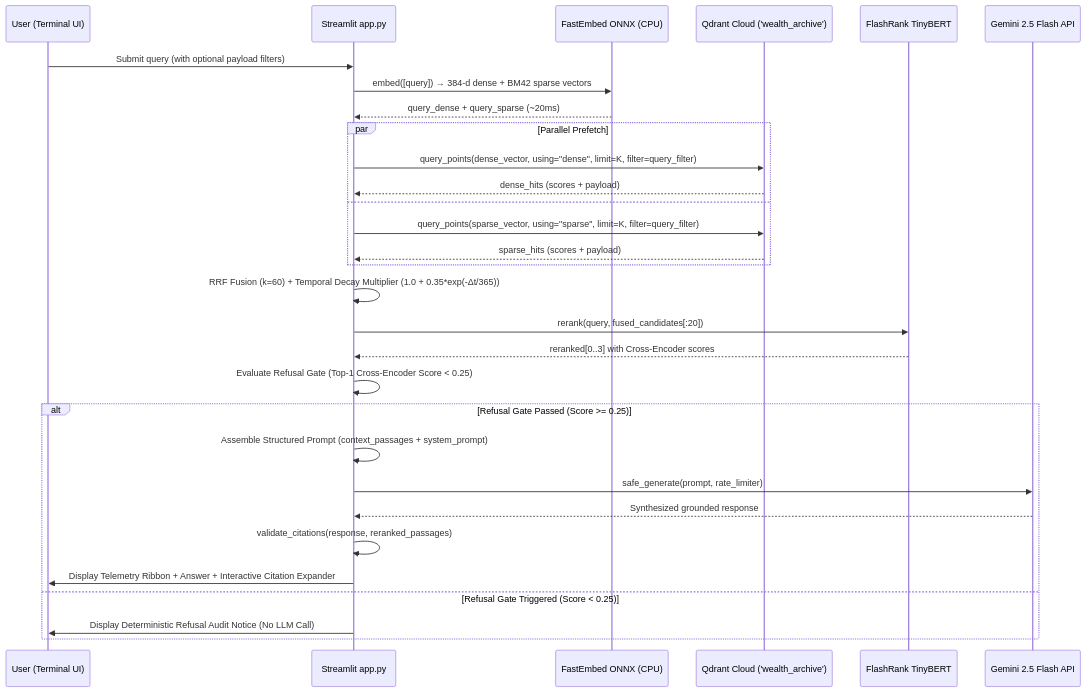
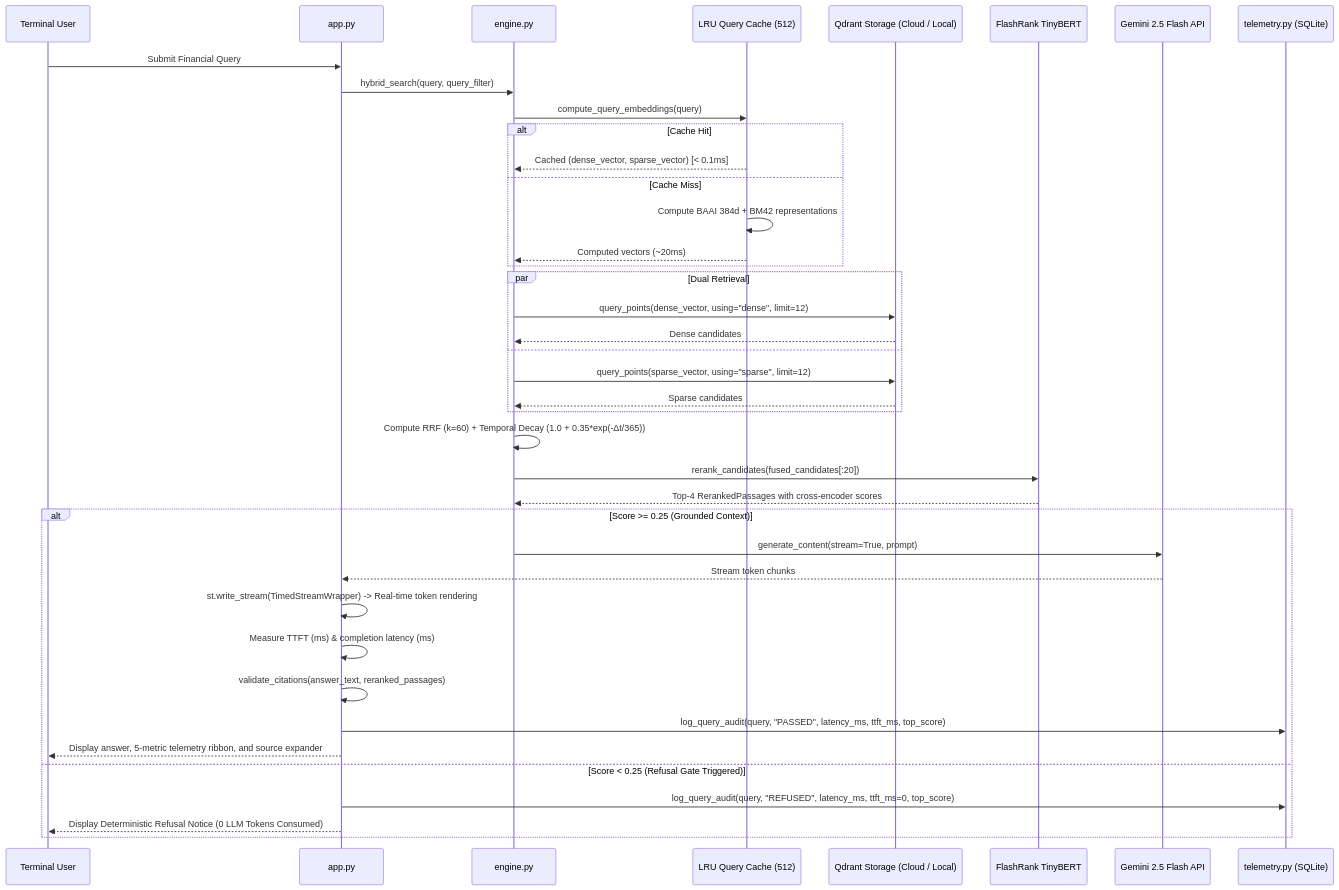
One commit to swaritbkp/wealth-chronicle-rag changed the third of 3 diagrams in mdfiles/TECH_SPEC.md. Above: the diagram before and after it, drawn with Mermaid. The commit also changed other lines of this file and 3 other files, not shown here.

Commit message:
docs: synchronize tech specs, README, and plan to reflect dual-plane architecture and telemetry

````diff
--- a/mdfiles/TECH_SPEC.md
+++ b/mdfiles/TECH_SPEC.md
@@ -78,36 +110,46 @@
 ```mermaid
 sequenceDiagram
-    participant User as User (Terminal UI)
-    participant ST as Streamlit app.py
-    participant FE as FastEmbed ONNX (CPU)
-    participant QD as Qdrant Cloud ('wealth_archive')
+    participant User as Terminal User
+    participant App as app.py
+    participant Engine as engine.py
+    participant Cache as LRU Query Cache (512)
+    participant QD as Qdrant Storage (Cloud / Local)
     participant FR as FlashRank TinyBERT
     participant Gemini as Gemini 2.5 Flash API
+    participant Telem as telemetry.py (SQLite)
 
-    User->>ST: Submit query (with optional payload filters)
-    ST->>FE: embed([query]) → 384-d dense + BM42 sparse vectors
-    FE-->>ST: query_dense + query_sparse (~20ms)
-
-    par Parallel Prefetch
-        ST->>QD: query_points(dense_vector, using="dense", limit=K, filter=query_filter)
-        QD-->>ST: dense_hits (scores + payload)
-    and
-        ST->>QD: query_points(sparse_vector, using="sparse", limit=K, filter=query_filter)
-        QD-->>ST: sparse_hits (scores + payload)
+    User->>App: Submit Financial Query
+    App->>Engine: hybrid_search(query, query_filter)
+    Engine->>Cache: compute_query_embeddings(query)
+    alt Cache Hit
+        Cache-->>Engine: Cached (dense_vector, sparse_vector) [< 0.1ms]
+    else Cache Miss
+        Cache->>Cache: Compute BAAI 384d + BM42 representations
+        Cache-->>Engine: Computed vectors (~20ms)
     end
 
-    ST->>ST: RRF Fusion (k=60) + Temporal Decay Multiplier (1.0 + 0.35*exp(-Δt/365))
-    ST->>FR: rerank(query, fused_candidates[:20])
-    FR-->>ST: reranked[0..3] with Cross-Encoder scores
+    par Dual Retrieval
+        Engine->>QD: query_points(dense_vector, using="dense", limit=12)
+        QD-->>Engine: Dense candidates
+    and
+        Engine->>QD: query_points(sparse_vector, using="sparse", limit=12)
+        QD-->>Engine: Sparse candidates
+    end
 
-    ST->>ST: Evaluate Refusal Gate (Top-1 Cross-Encoder Score < 0.25)
-    alt Refusal Gate Passed (Score >= 0.25)
-        ST->>ST: Assemble Structured Prompt (context_passages + system_prompt)
-        ST->>Gemini: safe_generate(prompt, rate_limiter)
-        Gemini-->>ST: Synthesized grounded response
-        ST->>ST: validate_citations(response, reranked_passages)
-        ST->>User: Display Telemetry Ribbon + Answer + Interactive Citation Expander
-    else Refusal Gate Triggered (Score < 0.25)
-        ST->>User: Display Deterministic Refusal Audit Notice (No LLM Call)
+    Engine->>Engine: Compute RRF (k=60) + Temporal Decay (1.0 + 0.35*exp(-Δt/365))
+    Engine->>FR: rerank_candidates(fused_candidates[:20])
+    FR-->>Engine: Top-4 RerankedPassages with cross-encoder scores
+
+    alt Score >= 0.25 (Grounded Context)
+        Engine->>Gemini: generate_content(stream=True, prompt)
+        Gemini-->>App: Stream token chunks
+        App->>App: st.write_stream(TimedStreamWrapper) -> Real-time token rendering
+        App->>App: Measure TTFT (ms) & completion latency (ms)
+        App->>App: validate_citations(answer_text, reranked_passages)
+        App->>Telem: log_query_audit(query, "PASSED", latency_ms, ttft_ms, top_score)
+        App-->>User: Display answer, 5-metric telemetry ribbon, and source expander
+    else Score < 0.25 (Refusal Gate Triggered)
+        App->>Telem: log_query_audit(query, "REFUSED", latency_ms, ttft_ms=0, top_score)
+        App-->>User: Display Deterministic Refusal Notice (0 LLM Tokens Consumed)
     end
 ```
````
